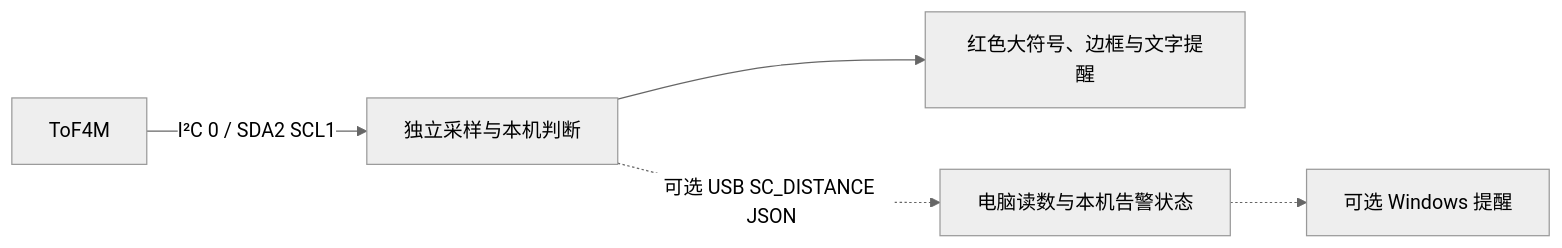
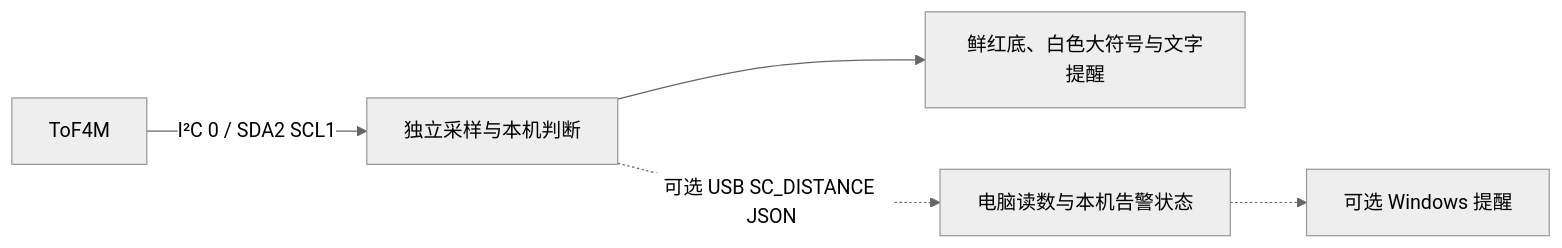
Before and after one commit to hana-alice/Botifier: the diagram in README.md, drawn with Mermaid (neutral theme). The commit also changed other lines of this file and 4 other files, not shown here.

````diff
--- a/README.md
+++ b/README.md
@@ -28,7 +28,7 @@
 ```mermaid
 flowchart LR
   ToF[ToF4M] -->|I²C 0 / SDA2 SCL1| FW[独立采样与本机判断]
-  FW --> Face[红色大符号、边框与文字提醒]
+  FW --> Face[鲜红底、白色大符号与文字提醒]
   FW -.->|可选 USB SC_DISTANCE JSON| PC[电脑读数与本机告警状态]
   PC -.-> Notify[可选 Windows 提醒]
 ```
````
